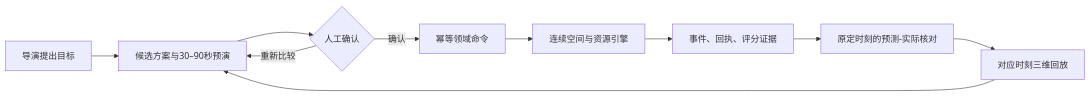
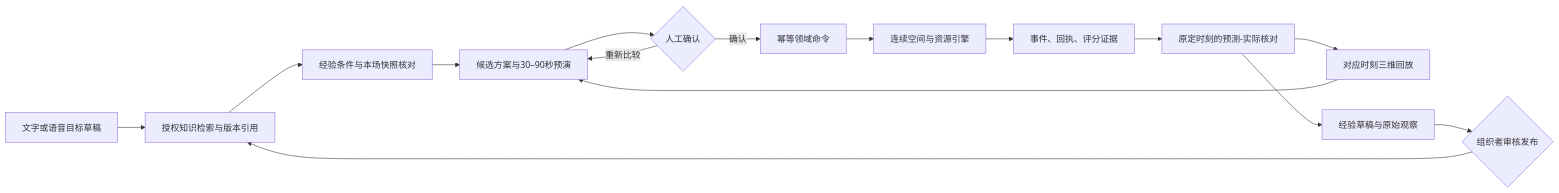
One commit to Felix-lxx/zhiyan-anxiang changed the third of 3 diagrams in docs/architecture/README.md. Above: the diagram before and after it, drawn with Mermaid. The commit also changed other lines of this file and 97 other files, not shown here.

````diff
--- a/docs/architecture/README.md
+++ b/docs/architecture/README.md
@@ -118,12 +118,17 @@
 ```mermaid
 flowchart LR
-    Goal[导演提出目标] --> Candidate[候选方案与30–90秒预演]
+    Goal[文字或语音目标草稿] --> Knowledge[授权知识检索与版本引用]
+    Knowledge --> Conditions[经验条件与本场快照核对]
+    Conditions --> Candidate[候选方案与30–90秒预演]
     Candidate --> Confirm{人工确认}
     Confirm -->|确认| Commands[幂等领域命令]
     Confirm -->|重新比较| Candidate
     Commands --> Engine[连续空间与资源引擎]
     Engine --> Evidence[事件、回执、评分证据]
     Evidence --> Outcome[原定时刻的预测-实际核对]
     Outcome --> Replay[对应时刻三维回放]
     Replay --> Candidate
+    Outcome --> Draft[经验草稿与原始观察]
+    Draft --> Review{组织者审核发布}
+    Review --> Knowledge
 ```
````
